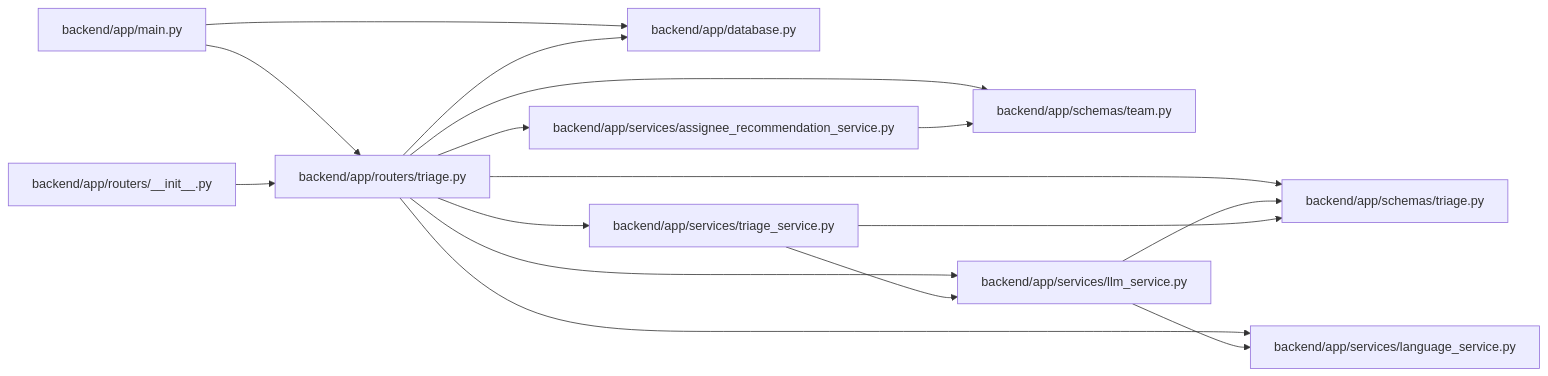
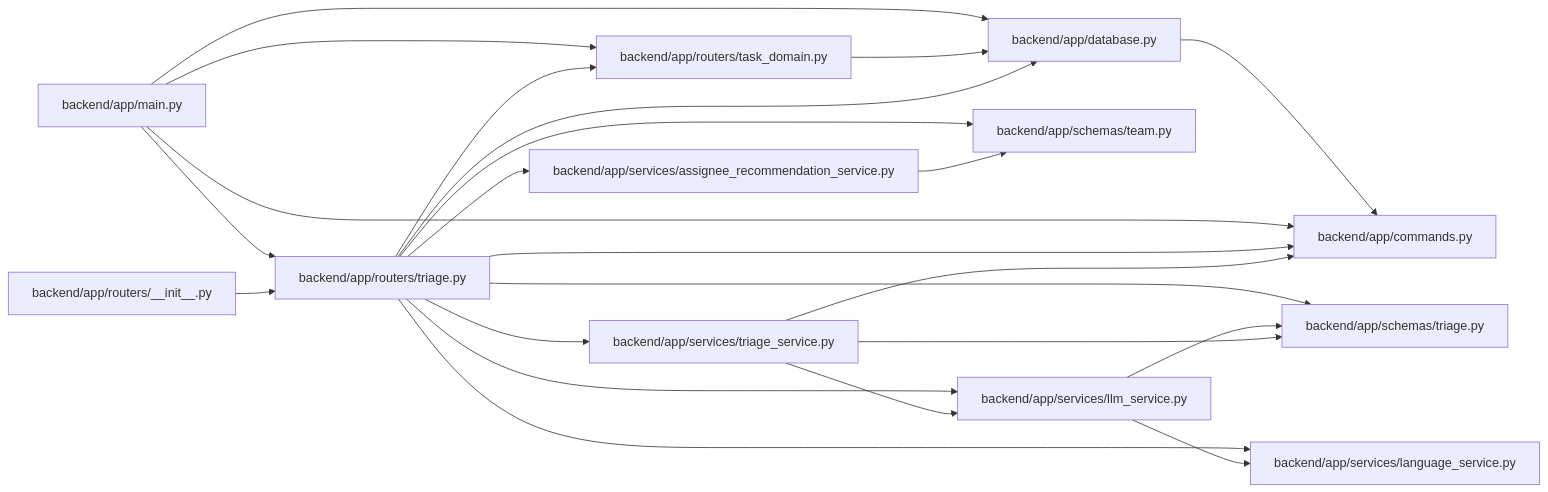
Before and after one commit to Denissvgn/WorkChord: the diagram in docs/llm_wiki/modules/routers_triage.md, drawn with Mermaid. The commit also changed other lines of this file and 1238 other files, not shown here.

First line of the commit message:
docs(wiki): publish compact canonical domain architecture

````diff
--- a/docs/llm_wiki/modules/routers_triage.md
+++ b/docs/llm_wiki/modules/routers_triage.md
@@ -27,38 +29,49 @@
 ```mermaid
 flowchart LR
-    n0["backend/app/database.py"]
-    n1["backend/app/main.py"]
-    n2["backend/app/routers/__init__.py"]
-    n3["backend/app/routers/triage.py"]
-    n4["backend/app/schemas/team.py"]
-    n5["backend/app/schemas/triage.py"]
-    n6["backend/app/services/assignee_recommendation_service.py"]
-    n7["backend/app/services/language_service.py"]
-    n8["backend/app/services/llm_service.py"]
-    n9["backend/app/services/triage_service.py"]
+    n0["backend/app/commands.py"]
+    n1["backend/app/database.py"]
+    n2["backend/app/main.py"]
+    n3["backend/app/routers/__init__.py"]
+    n4["backend/app/routers/task_domain.py"]
+    n5["backend/app/routers/triage.py"]
+    n6["backend/app/schemas/team.py"]
+    n7["backend/app/schemas/triage.py"]
+    n8["backend/app/services/assignee_recommendation_service.py"]
+    n9["backend/app/services/language_service.py"]
+    n10["backend/app/services/llm_service.py"]
+    n11["backend/app/services/triage_service.py"]
     n1 --> n0
-    n1 --> n3
-    n2 --> n3
-    n3 --> n0
-    n3 --> n4
+    n2 --> n0
+    n2 --> n1
+    n2 --> n4
+    n2 --> n5
     n3 --> n5
-    n3 --> n6
-    n3 --> n7
-    n3 --> n8
-    n3 --> n9
-    n6 --> n4
-    n8 --> n5
-    n8 --> n7
-    n9 --> n5
-    n9 --> n8
-    click n0 "../modules/app_database.md"
-    click n1 "../modules/app_main.md"
-    click n2 "../modules/routers___init__.md"
-    click n3 "../modules/routers_triage.md"
-    click n4 "../modules/schemas_team.md"
-    click n5 "../modules/schemas_triage.md"
-    click n6 "../modules/assignee_recommendation_service.md"
-    click n7 "../modules/language_service.md"
-    click n8 "../modules/llm_service.md"
-    click n9 "../modules/triage_service.md"
+    n4 --> n1
+    n5 --> n0
+    n5 --> n1
+    n5 --> n4
+    n5 --> n6
+    n5 --> n7
+    n5 --> n8
+    n5 --> n9
+    n5 --> n10
+    n5 --> n11
+    n8 --> n6
+    n10 --> n7
+    n10 --> n9
+    n11 --> n0
+    n11 --> n7
+    n11 --> n10
+    click n0 "../modules/commands.md"
+    click n1 "../modules/app_database.md"
+    click n2 "../modules/app_main.md"
+    click n3 "../modules/routers___init__.md"
+    click n4 "../modules/routers_task_domain.md"
+    click n5 "../modules/routers_triage.md"
+    click n6 "../modules/schemas_team.md"
+    click n7 "../modules/schemas_triage.md"
+    click n8 "../modules/assignee_recommendation_service.md"
+    click n9 "../modules/language_service.md"
+    click n10 "../modules/llm_service.md"
+    click n11 "../modules/triage_service.md"
 ```
````
